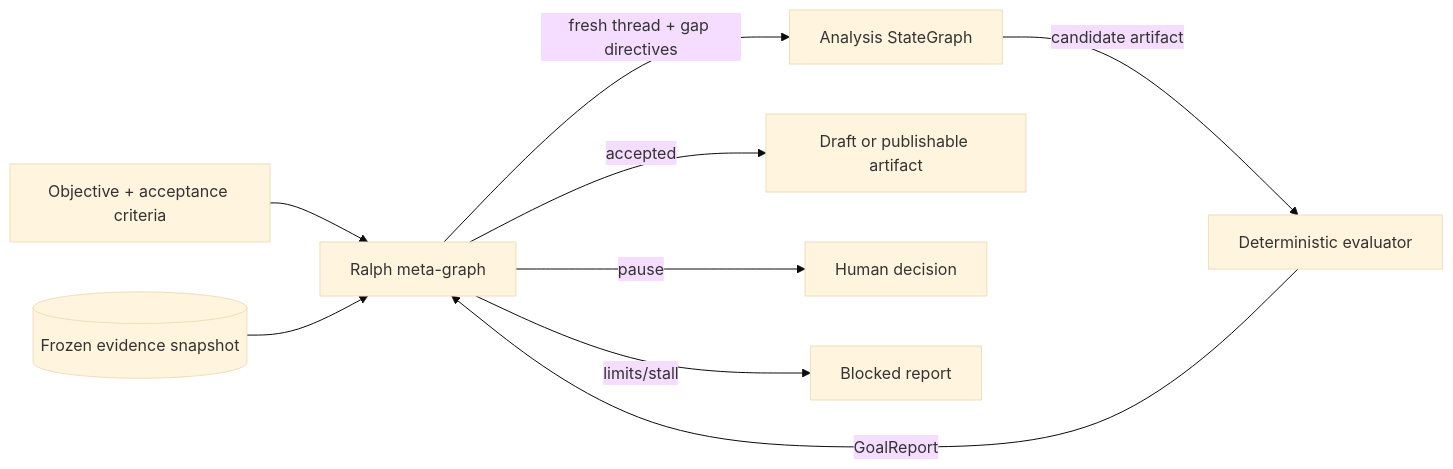
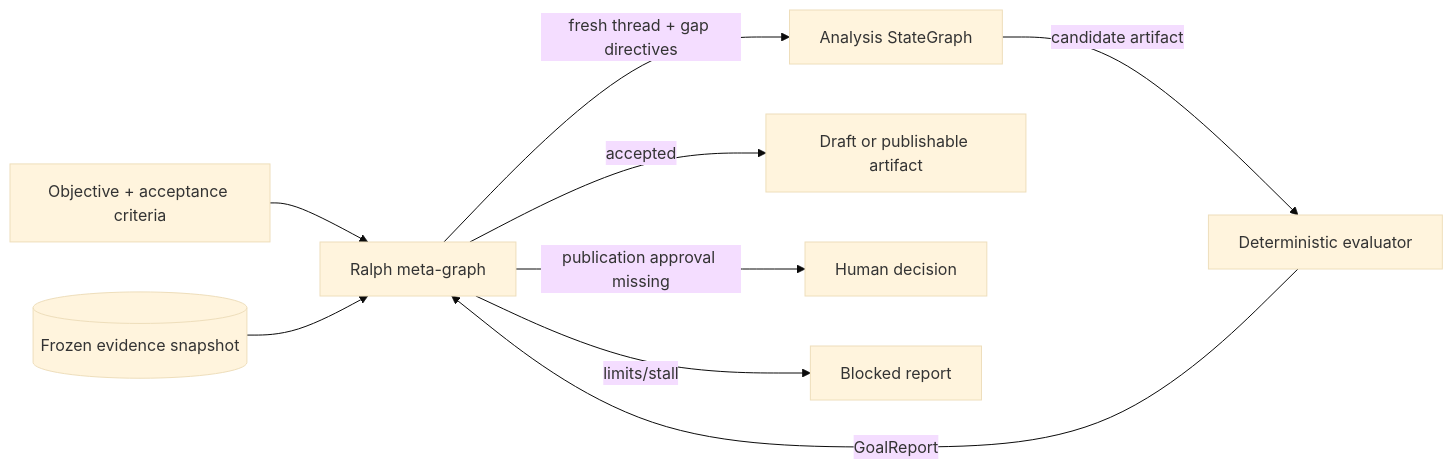
One commit to sw30labs/PorterForcesAI changed the first of 2 diagrams in docs/technical/adr/001-ralph-meta-orchestrator.md. Above: the diagram before and after it, drawn with Mermaid (base theme). The commit also changed other lines of this file and 14 other files, not shown here.

````diff
--- a/docs/technical/adr/001-ralph-meta-orchestrator.md
+++ b/docs/technical/adr/001-ralph-meta-orchestrator.md
@@ -25,11 +28,11 @@
 ```mermaid
 flowchart LR
     O[Objective + acceptance criteria] --> R[Ralph meta-graph]
     S[(Frozen evidence snapshot)] --> R
     R -->|fresh thread + gap directives| A[Analysis StateGraph]
     A -->|candidate artifact| V[Deterministic evaluator]
     V -->|GoalReport| R
     R -->|accepted| D[Draft or publishable artifact]
-    R -->|pause| H[Human decision]
+    R -->|publication approval missing| H[Human decision]
     R -->|limits/stall| B[Blocked report]
 ```
````
